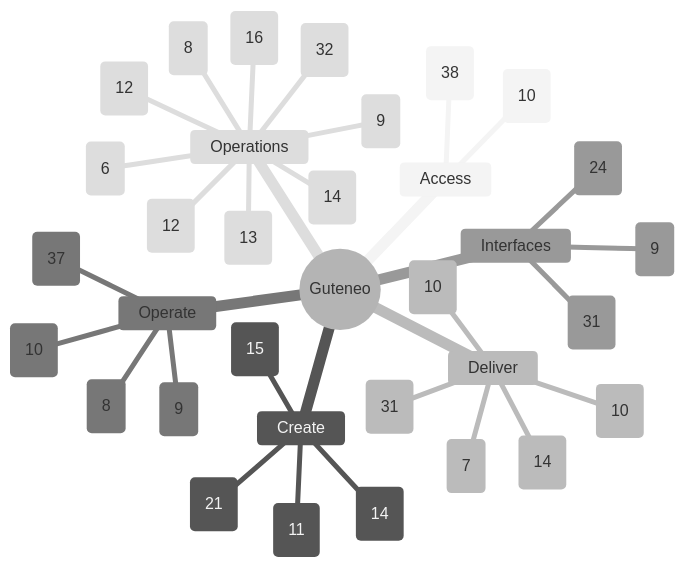
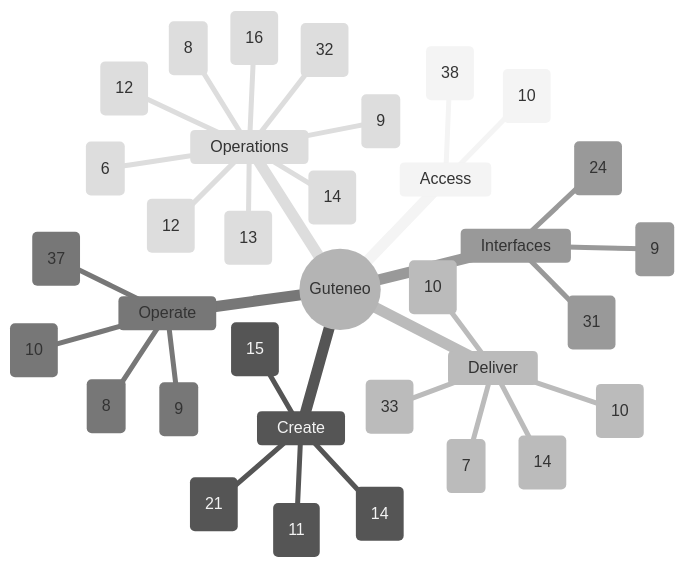
One commit to nclsppr/guteneo changed the diagram in docs/FEATURE_MAP.md. Above: the diagram before and after it, drawn with Mermaid (neutral theme). The commit also changed other lines of this file and 30 other files, not shown here.

````diff
--- a/docs/FEATURE_MAP.md
+++ b/docs/FEATURE_MAP.md
@@ -13,37 +13,37 @@
 ```mermaid
 mindmap
   root((Guteneo))
     Access
       Access and identity (38)
       Team and responsibilities (10)
     Create
       Documents and protection (21)
       Template studio (14)
       Data and mappings (11)
       PDF generation and distribution (15)
     Deliver
       Fax (10)
       Postal mail (10)
       Email and protected links (14)
-      Sensitive distribution and personal documents (31)
+      Sensitive distribution and personal documents (33)
       Dispatch dry run (7)
     Operate
       Campaigns and tracking (8)
       Credits and billing (9)
       Workspace layout and browser appearance (37)
       PDF verification (10)
     Interfaces
       Assistants and API (31)
       iPhone and iPad (9)
       Public pages, languages and appearance (24)
     Operations
       Reviewer OAuth qualification (9)
       Operations and reliability (32)
       Belvédère platform oversight (14)
       Public service status (16)
       Engineering documentation (12)
       Codex Cloud development (8)
       Continuous reviewer preparation (6)
       Automatic fax tariff maintenance (13)
       Consumed provider freshness and J-1 alerts (12)
 ```
````
